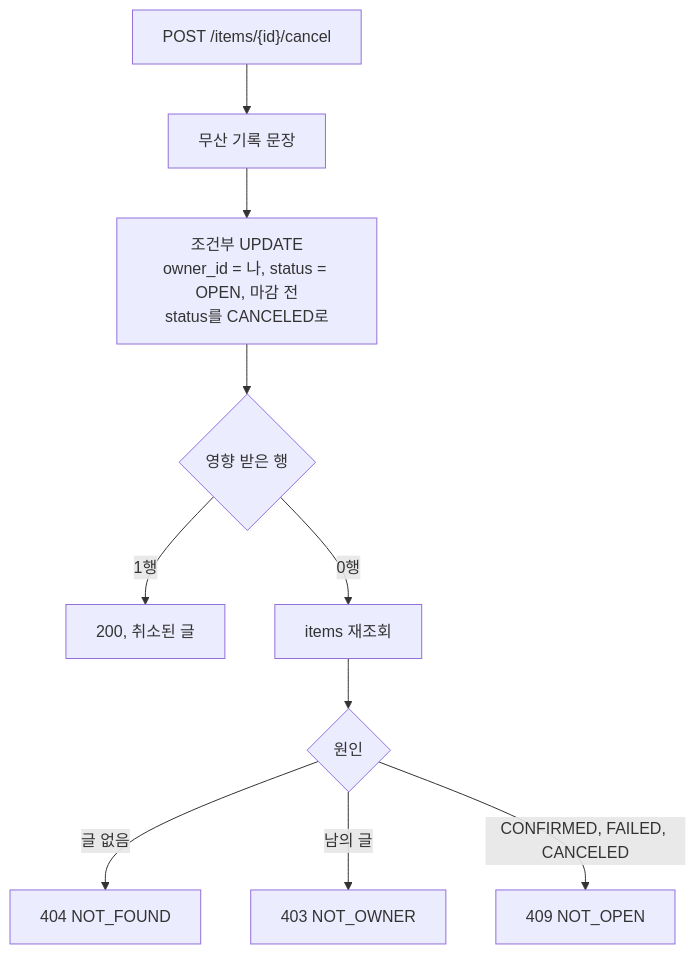
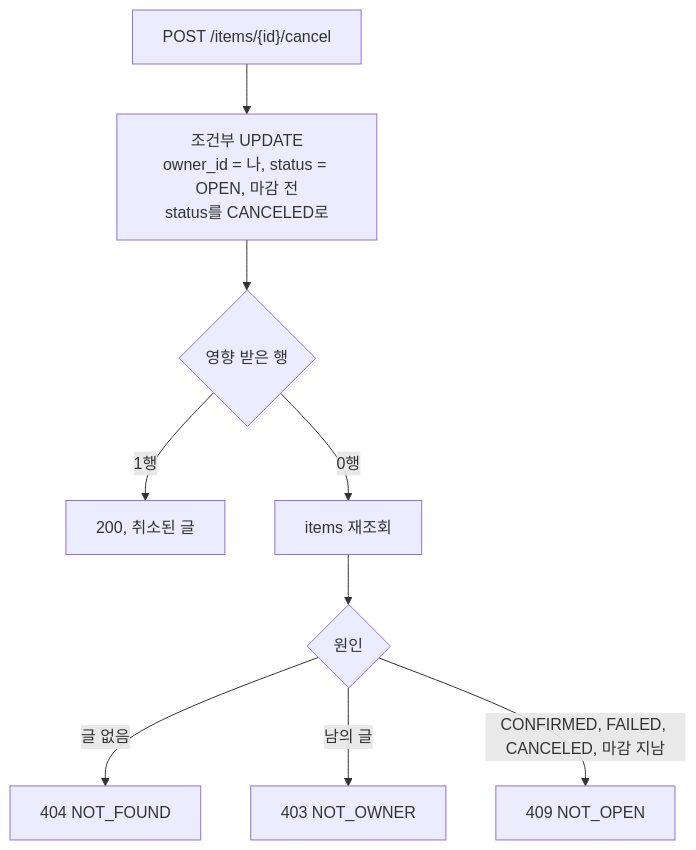
Before and after one commit to hgoose-avatye/together: diagram 11 of 11 in gachi-spec.md, drawn with Mermaid. The commit also changed other lines of this file and 2 other files, not shown here.

````diff
--- a/gachi-spec.md
+++ b/gachi-spec.md
@@ -660,12 +684,11 @@
 ```mermaid
 flowchart TD
-    A["POST /items/{id}/cancel"] --> Z["무산 기록 문장"]
-    Z --> B["조건부 UPDATE<br/>owner_id = 나, status = OPEN, 마감 전<br/>status를 CANCELED로"]
+    A["POST /items/{id}/cancel"] --> B["조건부 UPDATE<br/>owner_id = 나, status = OPEN, 마감 전<br/>status를 CANCELED로"]
     B --> C{"영향 받은 행"}
     C -->|"1행"| C1["200, 취소된 글"]
     C -->|"0행"| D["items 재조회"]
     D --> D1{"원인"}
     D1 -->|"글 없음"| E1["404 NOT_FOUND"]
     D1 -->|"남의 글"| E2["403 NOT_OWNER"]
-    D1 -->|"CONFIRMED, FAILED, CANCELED"| E3["409 NOT_OPEN"]
+    D1 -->|"CONFIRMED, FAILED, CANCELED, 마감 지남"| E3["409 NOT_OPEN"]
 ```
````
